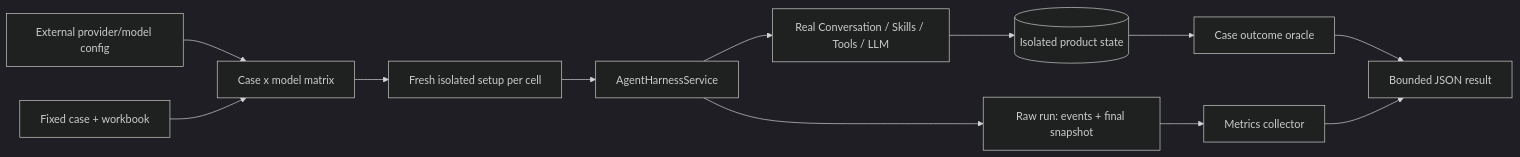
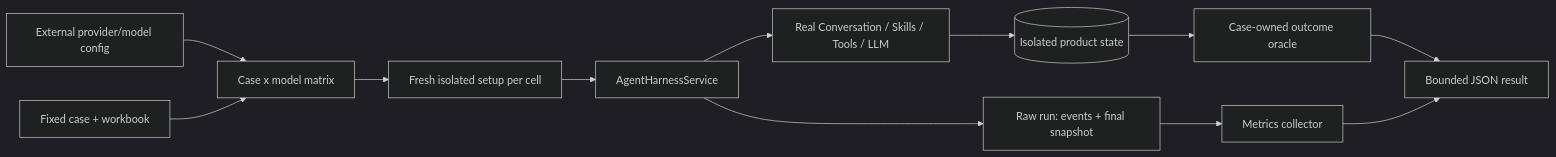
Before and after one commit to xiaoland/Xenix: the diagram in tasks/agent-harness-test-infrastructure/design.md, drawn with Mermaid (dark theme). The commit also changed other lines of this file and 35 other files, not shown here.

````diff
--- a/tasks/agent-harness-test-infrastructure/design.md
+++ b/tasks/agent-harness-test-infrastructure/design.md
@@ -7,14 +8,14 @@
 ```mermaid
 flowchart LR
     P[External provider/model config] --> X[Case x model matrix]
     C[Fixed case + workbook] --> X
     X --> B[Fresh isolated setup per cell]
     B --> H[AgentHarnessService]
     H --> L[Real Conversation / Skills / Tools / LLM]
     L --> S[(Isolated product state)]
     H --> R[Raw run: events + final snapshot]
-    S --> O[Case outcome oracle]
+    S --> O[Case-owned outcome oracle]
     R --> M[Metrics collector]
     O --> J[Bounded JSON result]
     M --> J
 ```
````
